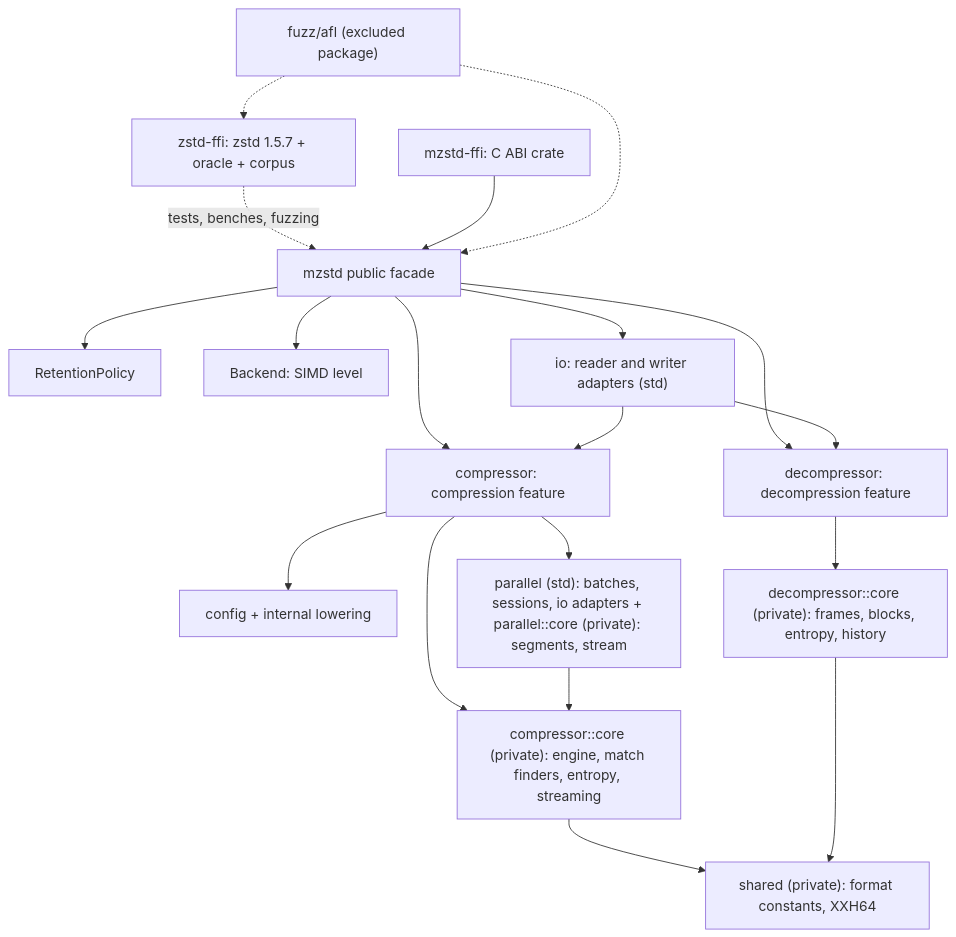
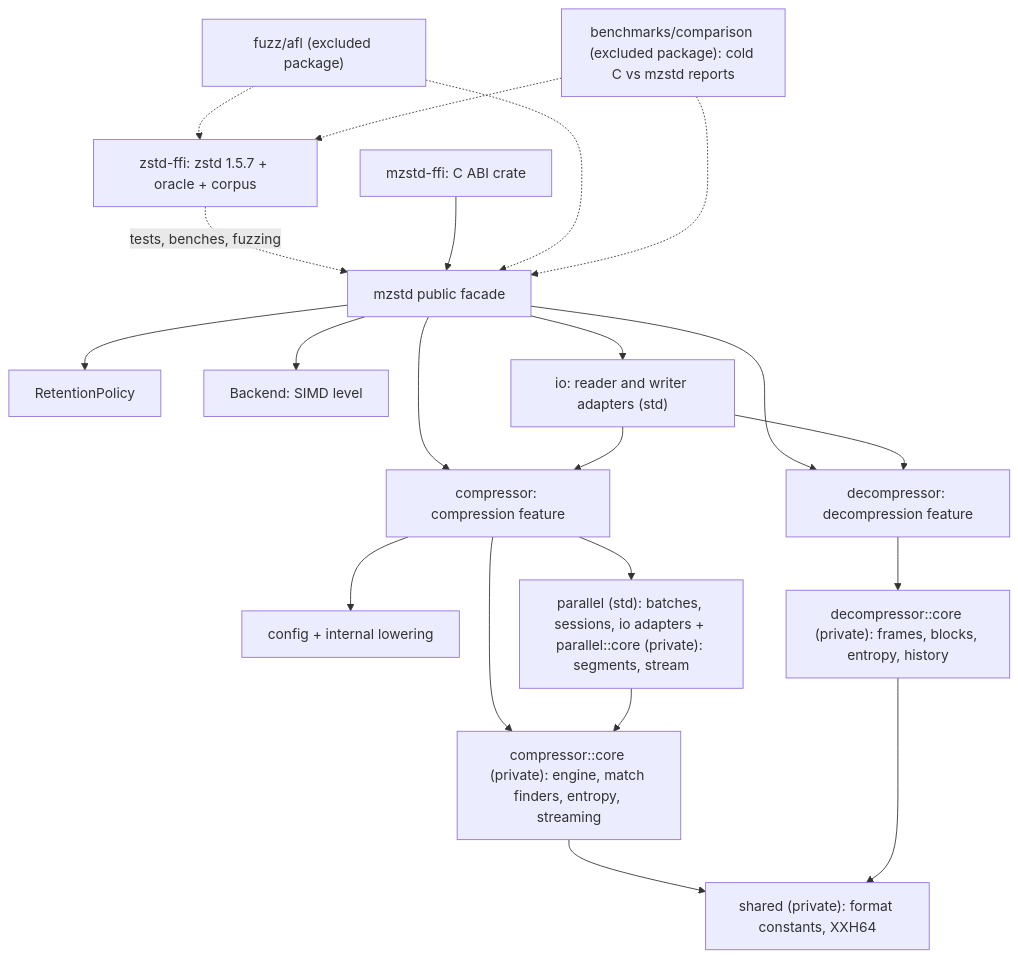
Before and after one commit to M-Compressors/mzstd: the diagram in architecture/README.md, drawn with Mermaid. The commit also changed other lines of this file and 336 other files, not shown here.

````diff
--- a/architecture/README.md
+++ b/architecture/README.md
@@ -11,21 +11,23 @@
 ```mermaid
 graph TD
     Root[mzstd public facade] --> Encode[compressor: compression feature]
     Root --> Decode[decompressor: decompression feature]
     Root --> Ret[RetentionPolicy]
     Root --> Back[Backend: SIMD level]
     Root --> IO["io: reader and writer adapters (std)"]
     Encode --> Cfg[config + internal lowering]
     Encode --> ECore["compressor::core (private): engine, match finders, entropy, streaming"]
     Encode --> Par["parallel (std): batches, sessions, io adapters + parallel::core (private): segments, stream"]
     Par --> ECore
     Decode --> DCore["decompressor::core (private): frames, blocks, entropy, history"]
     ECore --> Shared["shared (private): format constants, XXH64"]
     DCore --> Shared
     IO --> Encode
     IO --> Decode
     Ref["zstd-ffi: zstd 1.5.7 + oracle + corpus"] -. tests, benches, fuzzing .-> Root
     CABI["mzstd-ffi: C ABI crate"] --> Root
     Fuzz["fuzz/afl (excluded package)"] -.-> Root
     Fuzz -.-> Ref
+    Cmp["benchmarks/comparison (excluded package): cold C vs mzstd reports"] -.-> Root
+    Cmp -.-> Ref
 ```
````
